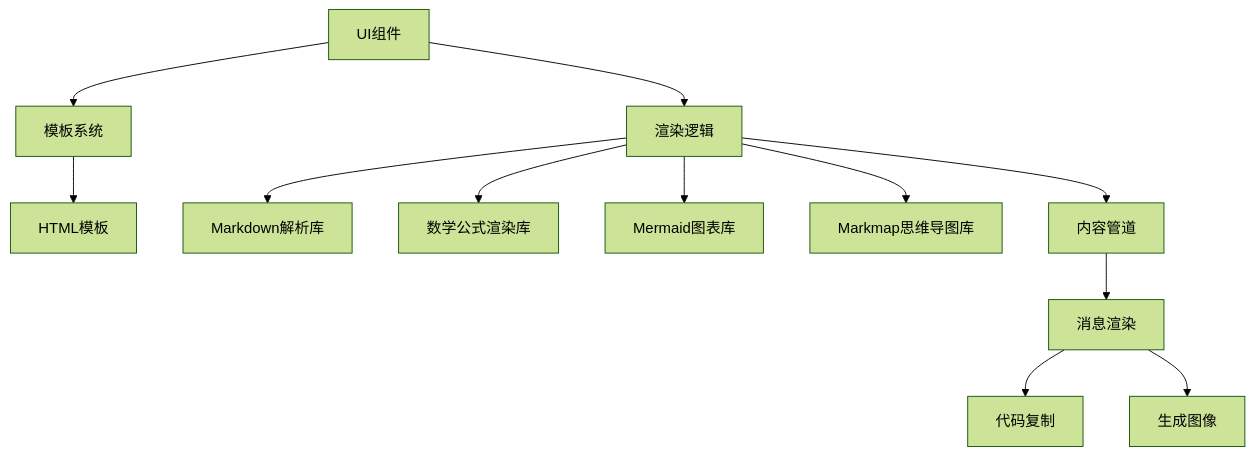
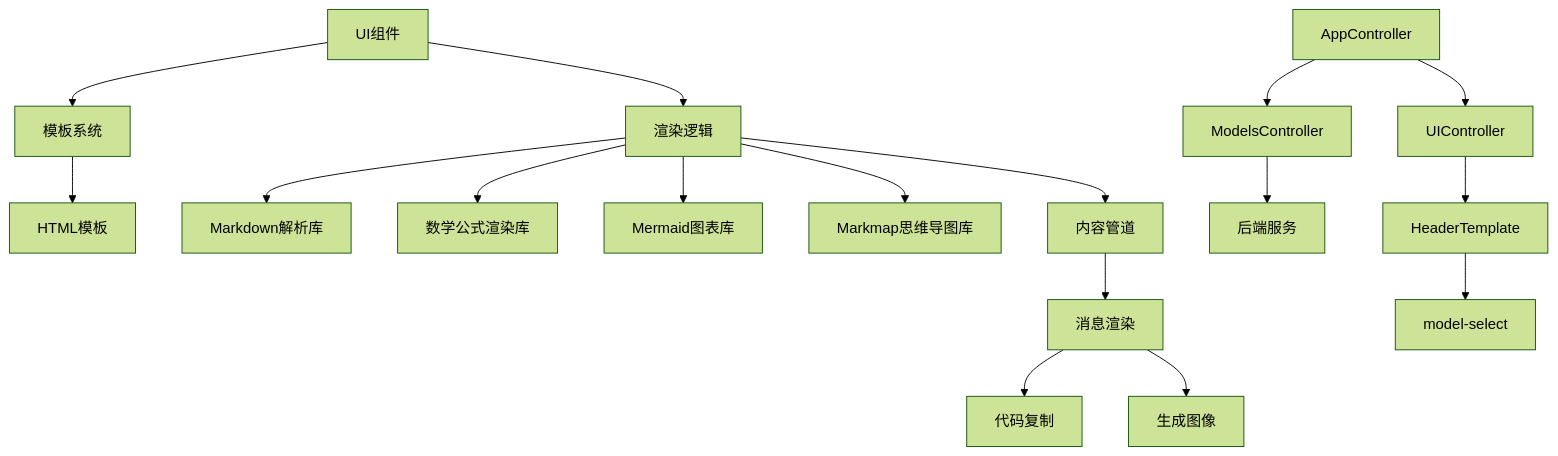
The seventh of 9 diagrams in .qoder/repowiki/zh/content/架构设计/整体架构/Sandbox沙箱环境/沙箱UI渲染.md (SEVENTEEN-TAN/gemini-nexus), drawn with Mermaid (forest theme) before and after one commit. The commit also changed other lines of this file and 16 other files, not shown here.

````diff
--- a/.qoder/repowiki/zh/content/架构设计/整体架构/Sandbox沙箱环境/沙箱UI渲染.md
+++ b/.qoder/repowiki/zh/content/架构设计/整体架构/Sandbox沙箱环境/沙箱UI渲染.md
@@ -263,14 +298,19 @@
 ```mermaid
 graph TD
 A["UI组件"] --> B["模板系统"]
 A --> C["渲染逻辑"]
 C --> D["Markdown解析库"]
 C --> E["数学公式渲染库"]
 C --> F["Mermaid图表库"]
 C --> G["Markmap思维导图库"]
 B --> H["HTML模板"]
 C --> I["内容管道"]
 I --> J["消息渲染"]
 J --> K["代码复制"]
 J --> L["生成图像"]
+M["AppController"] --> N["ModelsController"]
+N --> O["后端服务"]
+M --> P["UIController"]
+P --> Q["HeaderTemplate"]
+Q --> R["model-select"]
 ```
````
